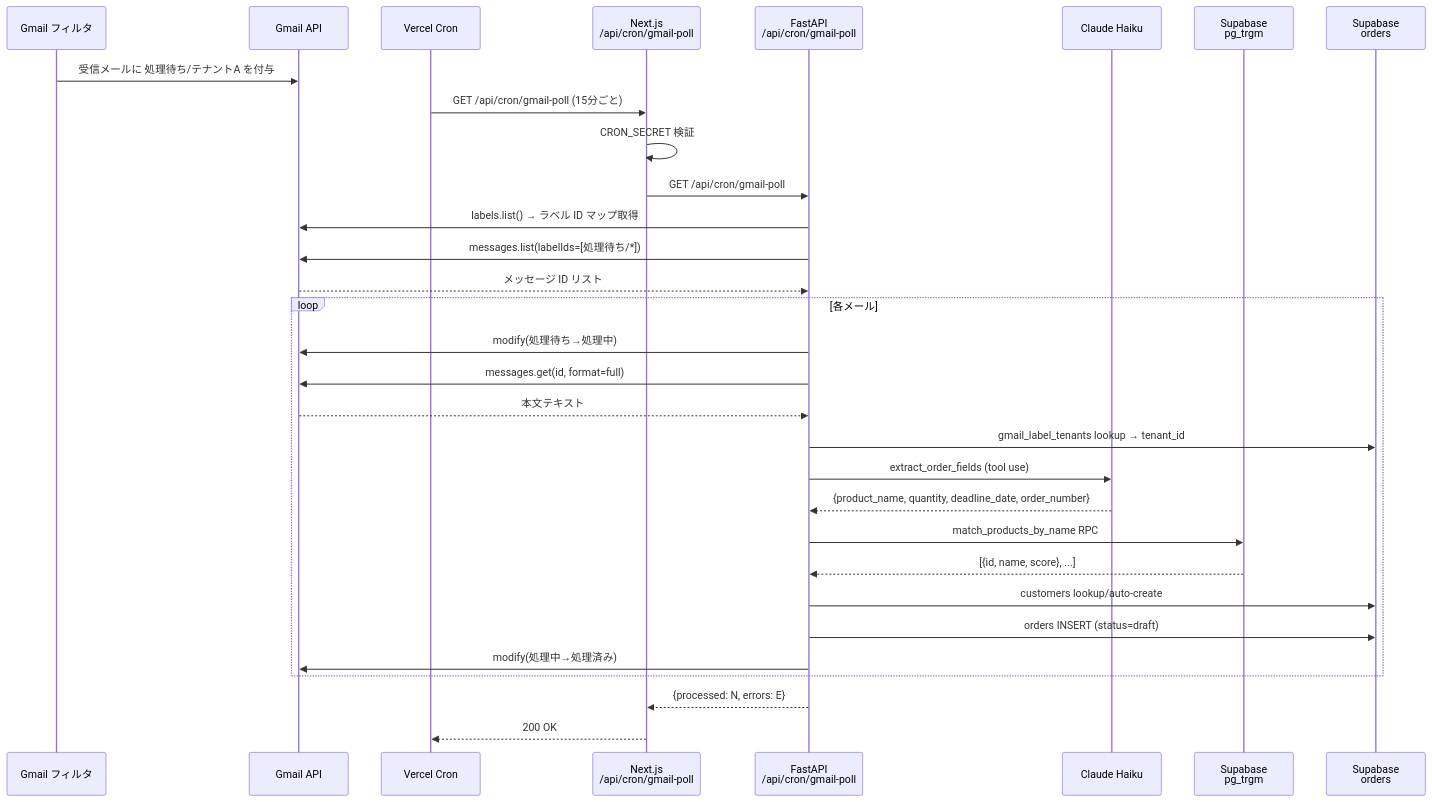
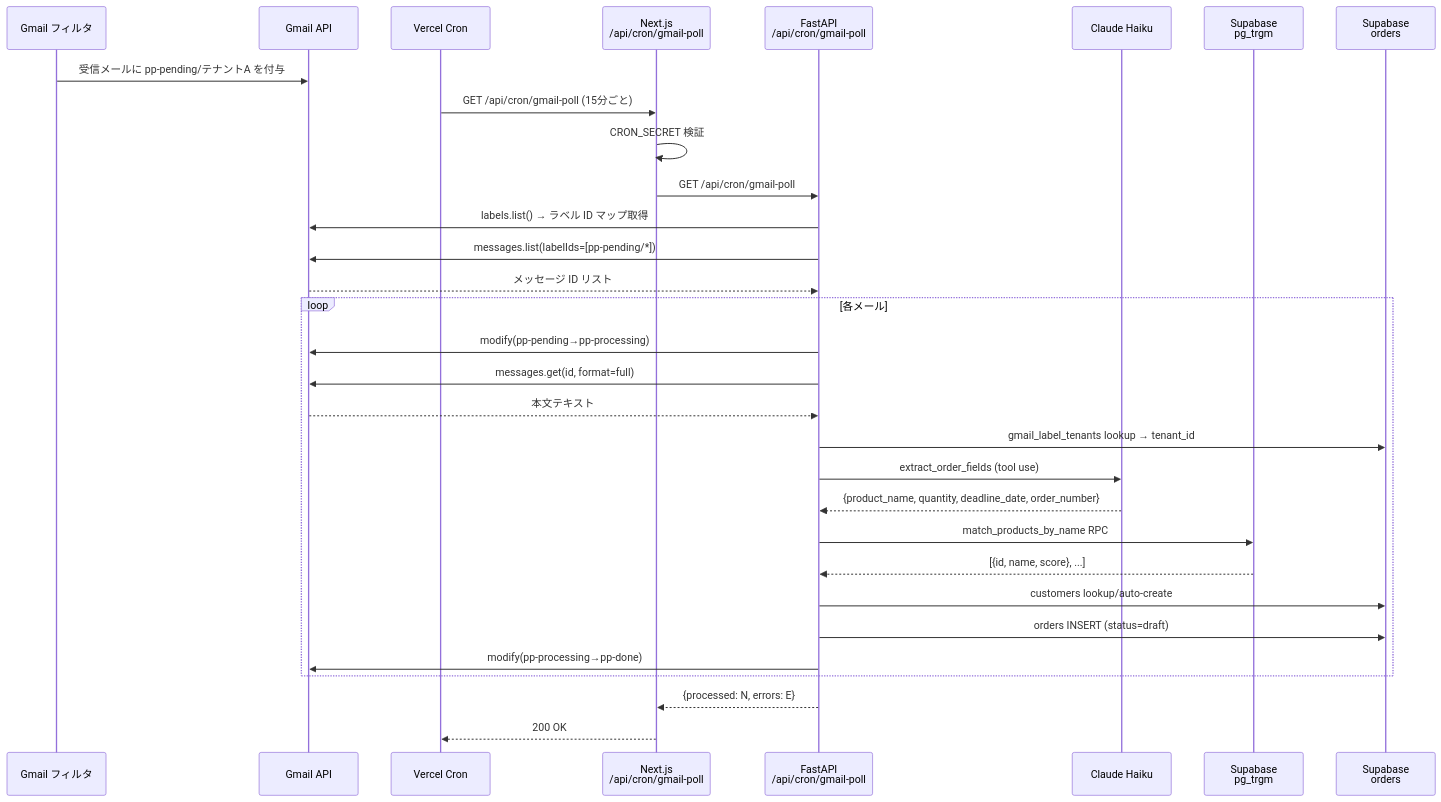
One commit to HyperGenius/product-planner changed the diagram in docs/specs/GMAIL_ORDER_INTAKE.md. Above: the diagram before and after it, drawn with Mermaid. The commit also changed other lines of this file and 4 other files, not shown here.

````diff
--- a/docs/specs/GMAIL_ORDER_INTAKE.md
+++ b/docs/specs/GMAIL_ORDER_INTAKE.md
@@ -47,38 +47,38 @@
 ```mermaid
 sequenceDiagram
     participant GF as Gmail フィルタ
     participant GM as Gmail API
     participant VC as Vercel Cron
     participant NR as Next.js<br>/api/cron/gmail-poll
     participant BE as FastAPI<br>/api/cron/gmail-poll
     participant LLM as Claude Haiku
     participant PG as Supabase<br>pg_trgm
     participant DB as Supabase<br>orders
 
-    GF->>GM: 受信メールに 処理待ち/テナントA を付与
+    GF->>GM: 受信メールに pp-pending/テナントA を付与
 
     VC->>NR: GET /api/cron/gmail-poll (15分ごと)
     NR->>NR: CRON_SECRET 検証
     NR->>BE: GET /api/cron/gmail-poll
 
     BE->>GM: labels.list() → ラベル ID マップ取得
-    BE->>GM: messages.list(labelIds=[処理待ち/*])
+    BE->>GM: messages.list(labelIds=[pp-pending/*])
     GM-->>BE: メッセージ ID リスト
 
     loop 各メール
-        BE->>GM: modify(処理待ち→処理中)
+        BE->>GM: modify(pp-pending→pp-processing)
         BE->>GM: messages.get(id, format=full)
         GM-->>BE: 本文テキスト
         BE->>DB: gmail_label_tenants lookup → tenant_id
         BE->>LLM: extract_order_fields (tool use)
         LLM-->>BE: {product_name, quantity, deadline_date, order_number}
         BE->>PG: match_products_by_name RPC
         PG-->>BE: [{id, name, score}, ...]
         BE->>DB: customers lookup/auto-create
         BE->>DB: orders INSERT (status=draft)
-        BE->>GM: modify(処理中→処理済み)
+        BE->>GM: modify(pp-processing→pp-done)
     end
 
     BE-->>NR: {processed: N, errors: E}
     NR-->>VC: 200 OK
 ```
````
